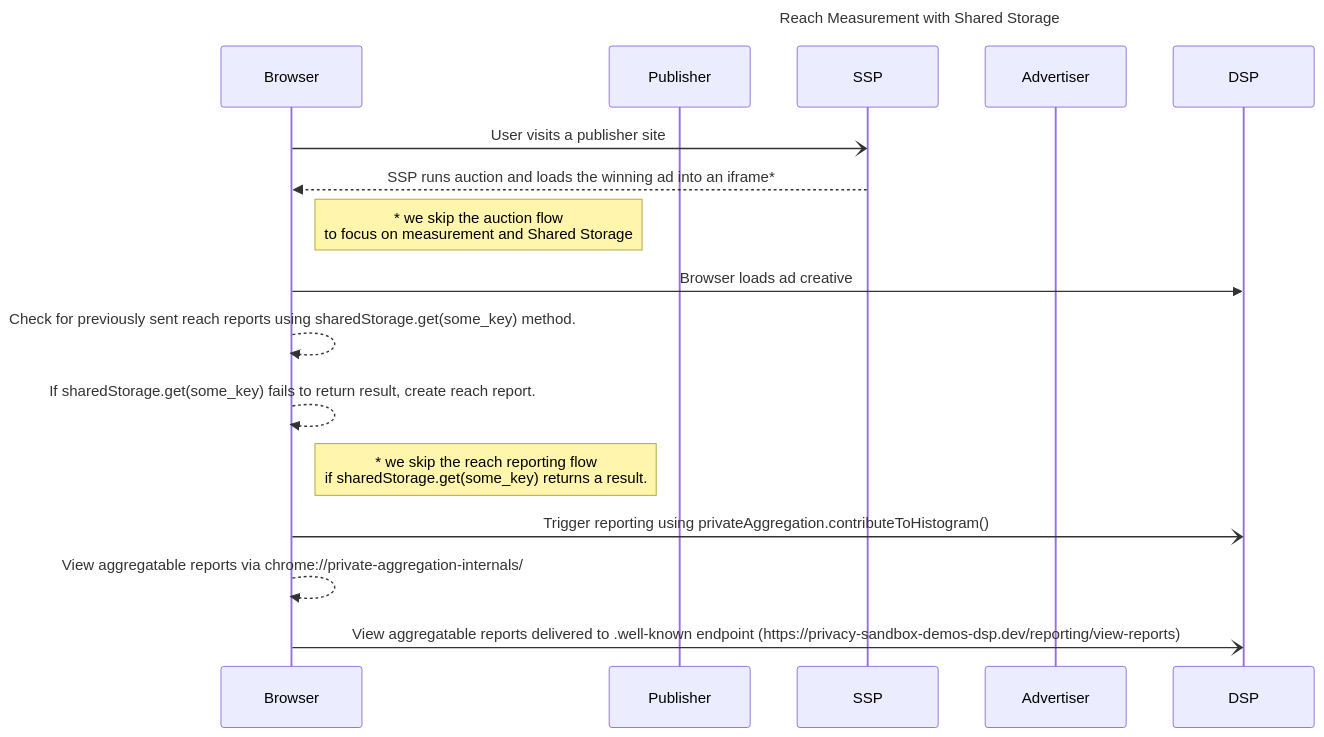
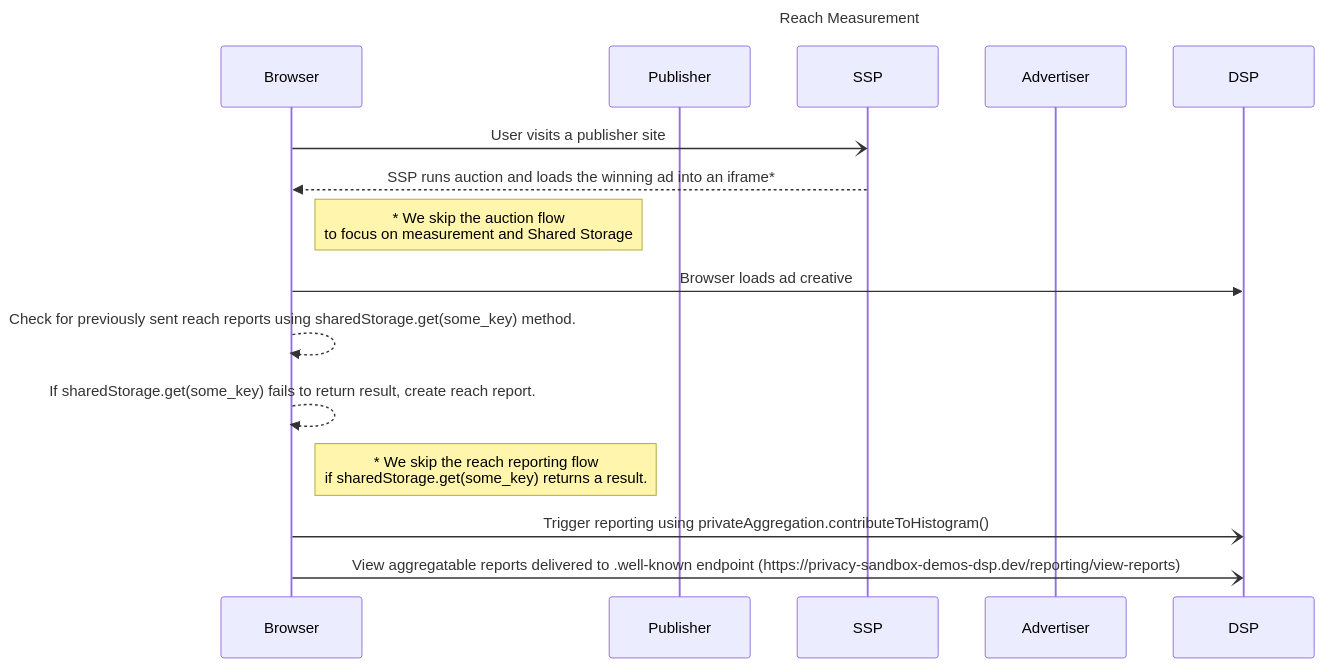
The diagram in services/home/docs/demos/reach-measurement-with-shared-storage.md (privacysandbox/privacy-sandbox-demos), drawn with Mermaid before and after one commit. The commit also changed other lines of this file and 2 other files, not shown here.

````diff
--- a/services/home/docs/demos/reach-measurement-with-shared-storage.md
+++ b/services/home/docs/demos/reach-measurement-with-shared-storage.md
@@ -94,33 +96,32 @@
 ```mermaid
 
 sequenceDiagram
-Title: Reach Measurement with Shared Storage
+Title: Reach Measurement
 
 participant Browser
 participant Publisher
 participant SSP
 participant Advertiser
 participant DSP
 
 Browser-)SSP:User visits a publisher site
 SSP-->>Browser: SSP runs auction and loads the winning ad into an iframe*
 
-Note right of Browser:* we skip the auction flow<br/> to focus on measurement and Shared Storage
+Note right of Browser:* We skip the auction flow<br/> to focus on measurement and Shared Storage
 
 Browser->>DSP:Browser loads ad creative
 
 Browser-->>Browser:Check for previously sent reach reports using sharedStorage.get(some_key) method.
 
 Browser-->>Browser:If sharedStorage.get(some_key) fails to return result, create reach report.
 
-Note right of Browser:* we skip the reach reporting flow<br/> if sharedStorage.get(some_key) returns a result.
+Note right of Browser:* We skip the reach reporting flow<br/> if sharedStorage.get(some_key) returns a result.
 
 Browser-)DSP: Trigger reporting using privateAggregation.contributeToHistogram()
 
-Browser-->>Browser: View aggregatable reports via chrome://private-aggregation-internals/
 
 Browser-)DSP: View aggregatable reports delivered to .well-known endpoint (https://privacy-sandbox-demos-dsp.dev/reporting/view-reports)
 
 
 
 ```
````
